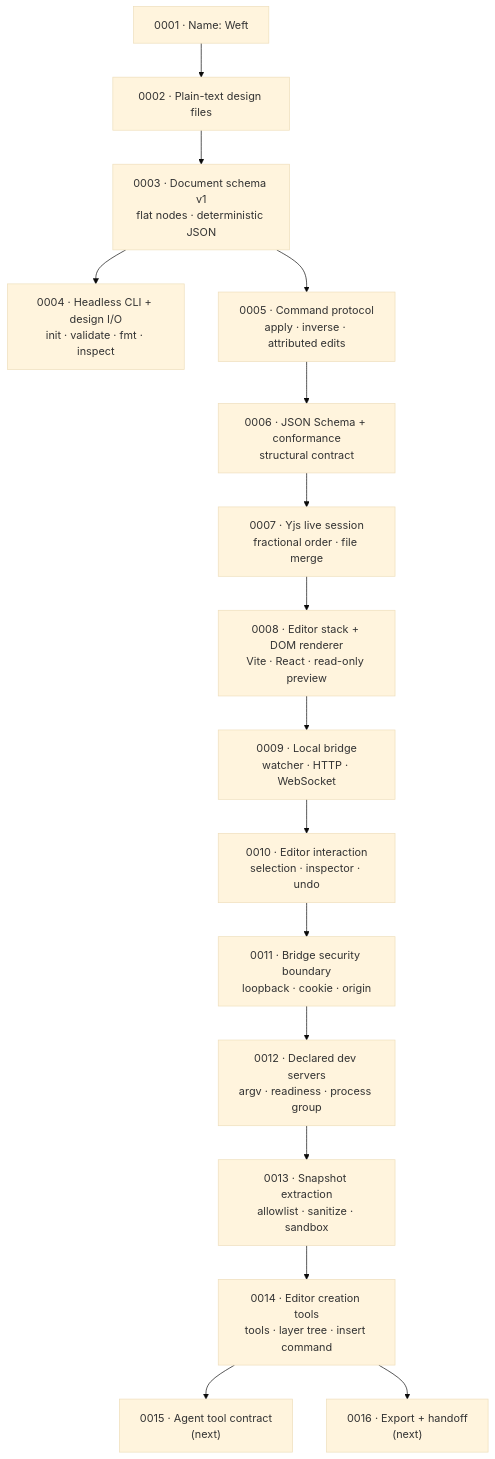
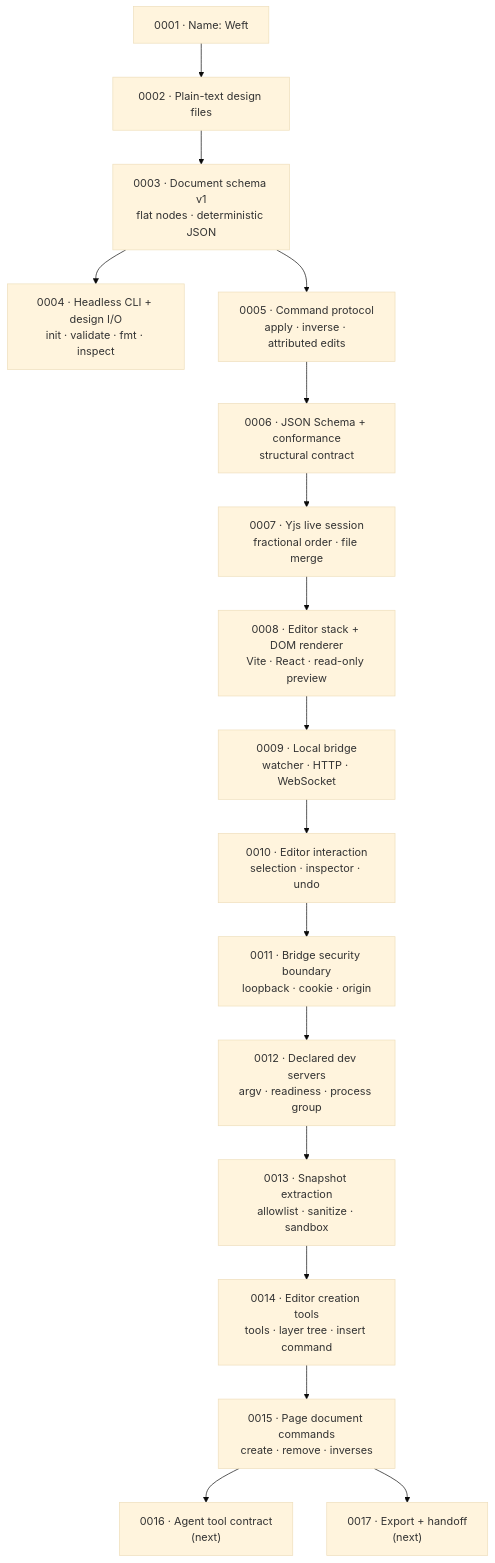
One commit to Pranesh-Selvaraj/Weft changed the diagram in docs/decisions/README.md. Above: the diagram before and after it, drawn with Mermaid (base theme). The commit also changed other lines of this file and 29 other files, not shown here.

Commit message:
feat(pages): add page-level document commands (#14)

````diff
--- a/docs/decisions/README.md
+++ b/docs/decisions/README.md
@@ -37,18 +38,19 @@
 ```mermaid
 graph TD
     A["0001 · Name: Weft"] --> B["0002 · Plain-text design files"]
     B --> C["0003 · Document schema v1<br/>flat nodes · deterministic JSON"]
     C --> D["0004 · Headless CLI + design I/O<br/>init · validate · fmt · inspect"]
     C --> E["0005 · Command protocol<br/>apply · inverse · attributed edits"]
     E --> F["0006 · JSON Schema + conformance<br/>structural contract"]
     F --> G["0007 · Yjs live session<br/>fractional order · file merge"]
     G --> H["0008 · Editor stack + DOM renderer<br/>Vite · React · read-only preview"]
     H --> I["0009 · Local bridge<br/>watcher · HTTP · WebSocket"]
     I --> J["0010 · Editor interaction<br/>selection · inspector · undo"]
     J --> K["0011 · Bridge security boundary<br/>loopback · cookie · origin"]
     K --> L["0012 · Declared dev servers<br/>argv · readiness · process group"]
     L --> M["0013 · Snapshot extraction<br/>allowlist · sanitize · sandbox"]
     M --> N["0014 · Editor creation tools<br/>tools · layer tree · insert command"]
-    N --> O["0015 · Agent tool contract<br/>(next)"]
-    N --> P["0016 · Export + handoff<br/>(next)"]
+    N --> O["0015 · Page document commands<br/>create · remove · inverses"]
+    O --> P["0016 · Agent tool contract<br/>(next)"]
+    O --> Q["0017 · Export + handoff<br/>(next)"]
 ```
````
